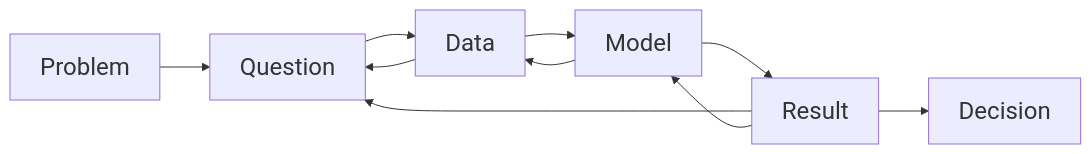
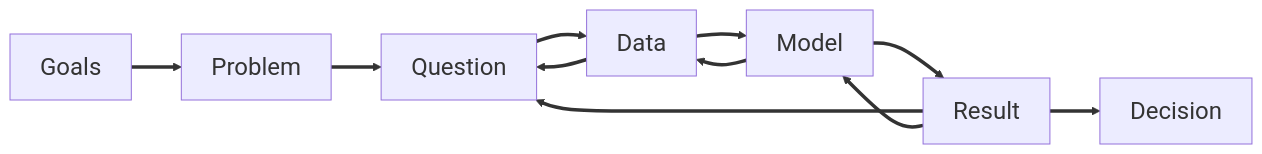
One commit to jbayham/arec-330 changed the third of 3 diagrams in modules/02_framework_question/slides.qmd. Above: the diagram before and after it, drawn with Mermaid. The commit also changed other lines of this file and 1 other file, not shown here.

````diff
--- a/modules/02_framework_question/slides.qmd
+++ b/modules/02_framework_question/slides.qmd
@@ -190,13 +210,14 @@
 ```{mermaid}
 %%{init: {"themeVariables": {"fontSize": "24px"}}}%%
 flowchart LR
-  P[Problem] --> Q[Question]
-  Q --> Da[Data]
-  Da --> M[Model]
-  M --> R[Result]
-  R --> D[Decision]
-  M --> Da
-  R --> Q
-  R --> M
-  Da --> Q
+  G[Goals] ==> P[Problem]
+  P ==> Q[Question]
+  Q ==> Da[Data]
+  Da ==> M[Model]
+  M ==> R[Result]
+  R ==> D[Decision]
+  M ==> Da
+  R ==> Q
+  R ==> M
+  Da ==> Q
 ```
````
